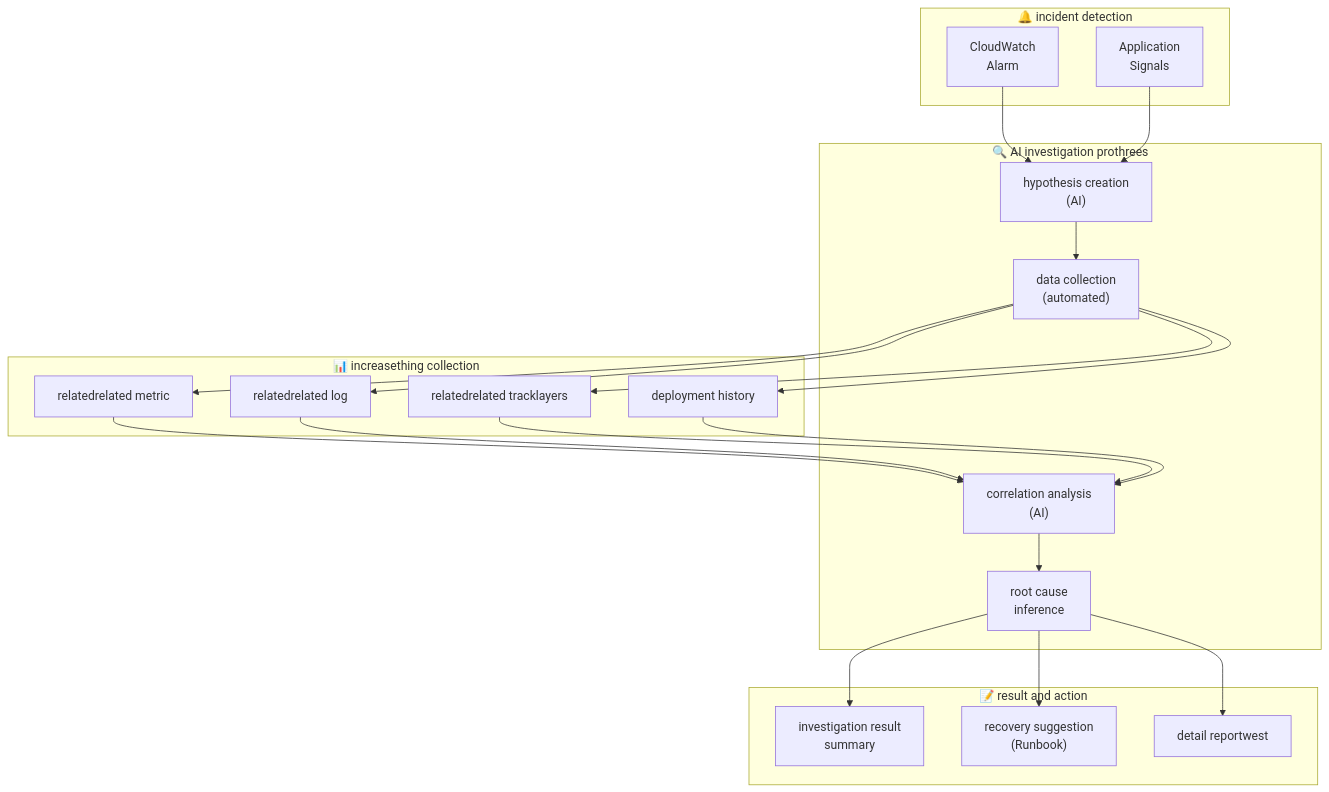
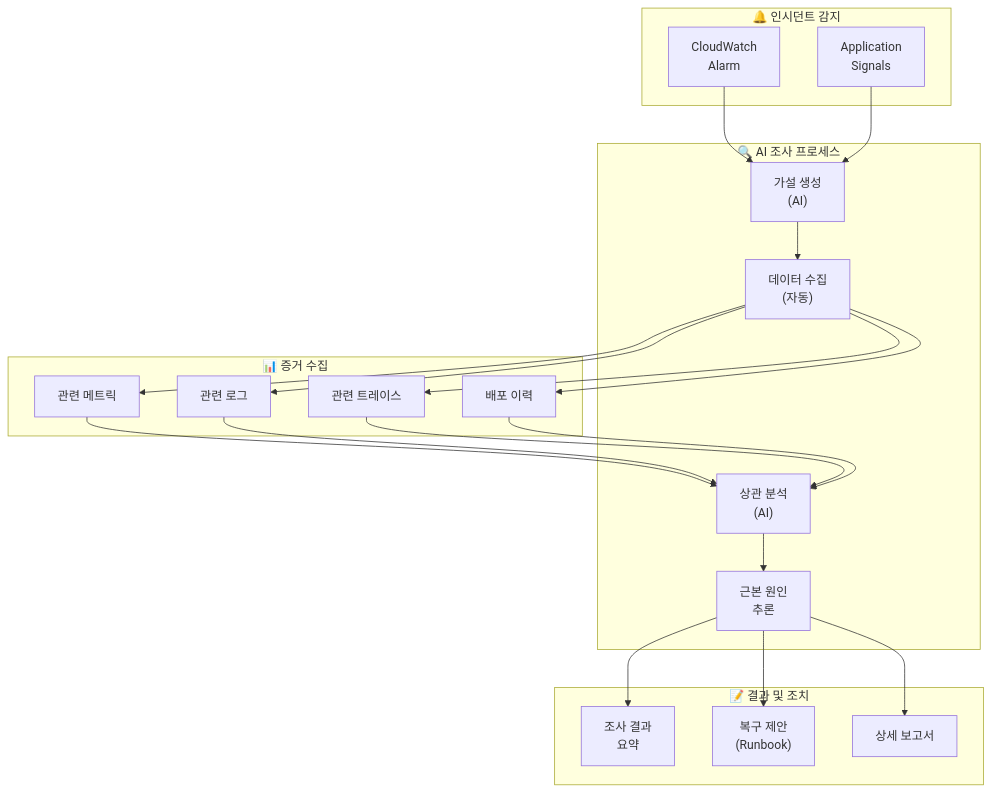
One commit to devfloor9/engineering-playbook changed the fifth of 13 diagrams in i18n/en/docusaurus-plugin-content-docs/current/aidlc/agentic-ops/aiops-predictive-operations.md. Above: the diagram before and after it, drawn with Mermaid. The commit also changed other lines of this file and 95 other files, not shown here.

````diff
--- a/i18n/en/docusaurus-plugin-content-docs/current/aidlc/agentic-ops/aiops-predictive-operations.md
+++ b/i18n/en/docusaurus-plugin-content-docs/current/aidlc/agentic-ops/aiops-predictive-operations.md
@@ -1163,39 +1168,43 @@
 ```mermaid
 graph TD
-subgraph Trigger["🔔 incident detection"]
-ALARM["CloudWatch<br/>Alarm"]
-SIGNAL["Application<br/>Signals"]
-end
+ subgraph Trigger["🔔 인시던트 감지"]
+ ALARM["CloudWatch<br/>Alarm"]
+ SIGNAL["Application<br/>Signals"]
+ end
 
-subgraph Investigation["🔍 AI investigation prothrees"]
-HYPO["hypothesis creation<br/>(AI)"]
-COLLECT["data collection<br/>(automated)"]
-ANALYZE["correlation analysis<br/>(AI)"]
-ROOT["root cause<br/>inference"]
-end
+ subgraph Investigation["🔍 AI 조사 프로세스"]
+ HYPO["가설 생성<br/>(AI)"]
+ COLLECT["데이터 수집<br/>(자동)"]
+ ANALYZE["상관 분석<br/>(AI)"]
+ ROOT["근본 원인<br/>추론"]
+ end
 
-subgraph Evidence["📊 increasething collection"]
-METRICS["relatedrelated metric"]
-LOGS["relatedrelated log"]
-TRACES["relatedrelated tracklayers"]
-DEPLOY["deployment history"]
-end
+ subgraph Evidence["📊 증거 수집"]
+ METRICS["관련 메트릭"]
+ LOGS["관련 로그"]
+ TRACES["관련 트레이스"]
+ DEPLOY["배포 이력"]
+ end
 
-subgraph Output["📝 result and action"]
-SUMMARY["investigation result<br/>summary"]
-REMEDIATION["recovery suggestion<br/>(Runbook)"]
-REPORT["detail reportwest"]
-end
+ subgraph Output["📝 결과 및 조치"]
+ SUMMARY["조사 결과<br/>요약"]
+ REMEDIATION["복구 제안<br/>(Runbook)"]
+ REPORT["상세 보고서"]
+ end
 
-ALARM --> HYPO
-SIGNAL --> HYPO --> COLLECT --> METRICS
-COLLECT --> LOGS
-COLLECT --> TRACES
-COLLECT --> DEPLOY
-METRICS --> ANALYZE
-LOGS --> ANALYZE
-TRACES --> ANALYZE
-DEPLOY --> ANALYZE --> ROOT --> SUMMARY
-ROOT --> REMEDIATION
-ROOT --> REPORT
+ ALARM --> HYPO
+ SIGNAL --> HYPO
+ HYPO --> COLLECT
+ COLLECT --> METRICS
+ COLLECT --> LOGS
+ COLLECT --> TRACES
+ COLLECT --> DEPLOY
+ METRICS --> ANALYZE
+ LOGS --> ANALYZE
+ TRACES --> ANALYZE
+ DEPLOY --> ANALYZE
+ ANALYZE --> ROOT
+ ROOT --> SUMMARY
+ ROOT --> REMEDIATION
+ ROOT --> REPORT
 ```
````
